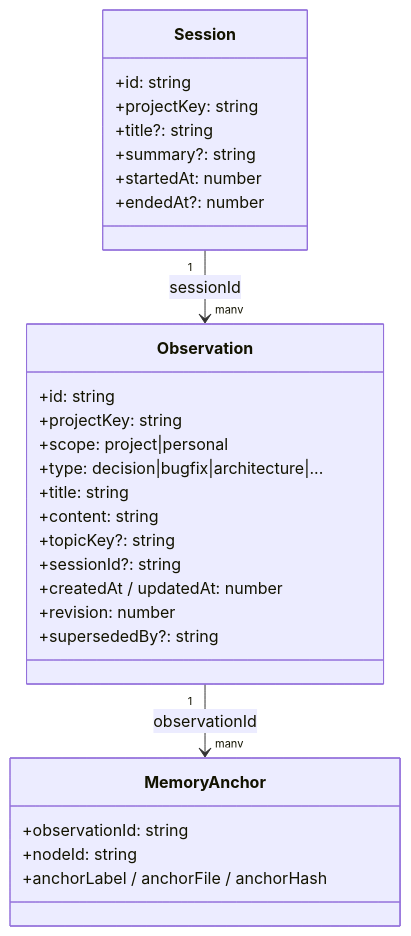
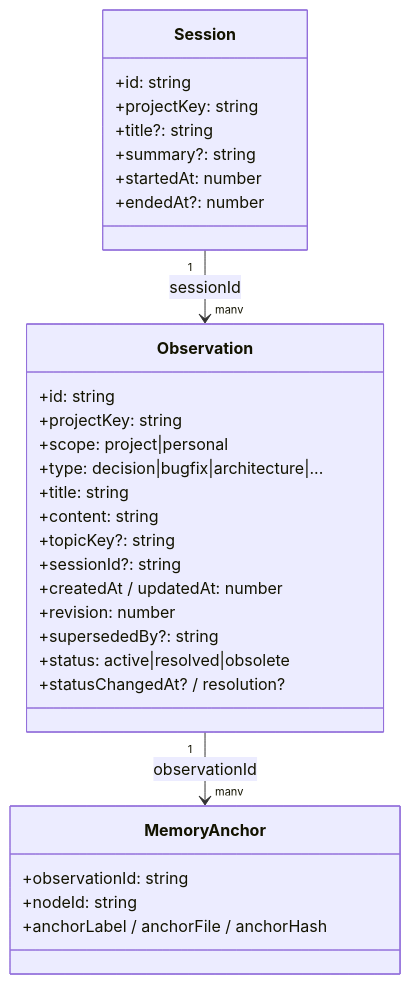
One commit to Kolimar/leina changed the second of 4 diagrams in docs/concepts/04-memoria.md. Above: the diagram before and after it, drawn with Mermaid. The commit also changed other lines of this file and 25 other files, not shown here.

````diff
--- a/docs/concepts/04-memoria.md
+++ b/docs/concepts/04-memoria.md
@@ -53,31 +53,33 @@
 ```mermaid
 classDiagram
     class Observation {
         +id: string
         +projectKey: string
         +scope: project|personal
         +type: decision|bugfix|architecture|...
         +title: string
         +content: string
         +topicKey?: string
         +sessionId?: string
         +createdAt / updatedAt: number
         +revision: number
         +supersededBy?: string
+        +status: active|resolved|obsolete
+        +statusChangedAt? / resolution?
     }
     class Session {
         +id: string
         +projectKey: string
         +title?: string
         +summary?: string
         +startedAt: number
         +endedAt?: number
     }
     class MemoryAnchor {
         +observationId: string
         +nodeId: string
         +anchorLabel / anchorFile / anchorHash
     }
     Session "1" --> "many" Observation : sessionId
     Observation "1" --> "many" MemoryAnchor : observationId
 ```
````
